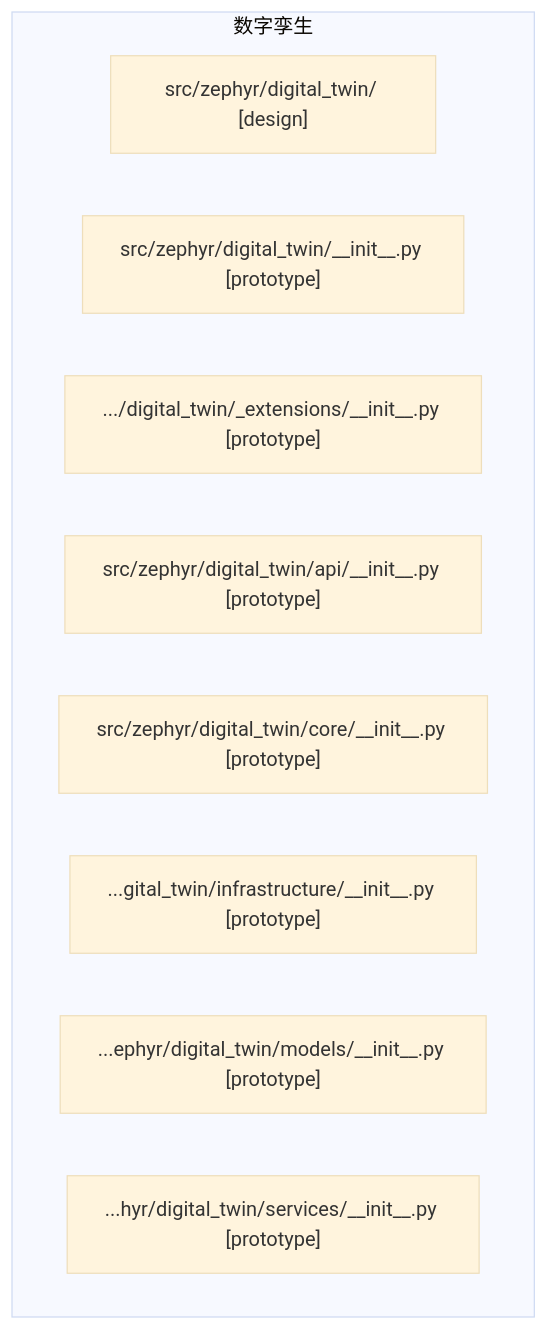
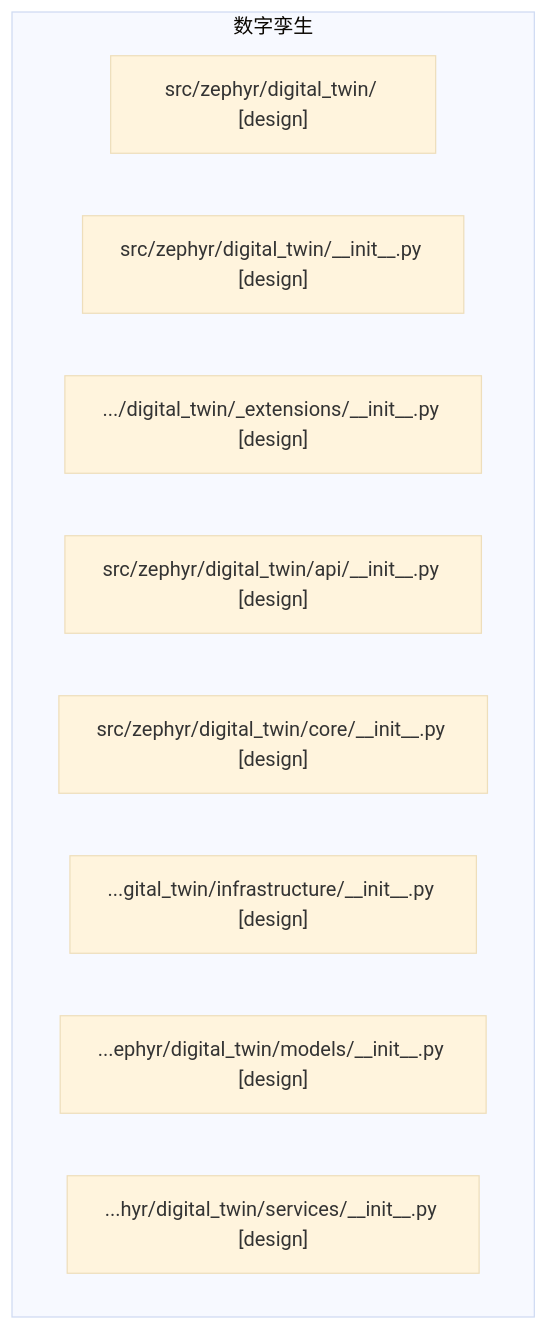
Before and after one commit to xuanFelixVan/ZephyrAlpha: the diagram in docs/02_enterprise_architecture/generated/domains/d_digital_twin_dependency.mmd, drawn with Mermaid (base theme). The commit also changed 177 other files, not shown here.

```diff
--- a/docs/02_enterprise_architecture/generated/domains/d_digital_twin_dependency.mmd
+++ b/docs/02_enterprise_architecture/generated/domains/d_digital_twin_dependency.mmd
@@ -1,29 +1,29 @@
 %% D_DIGITAL_TWIN 域全景依赖图
 %% 生成时间: 2026-07-19 07:51:15
 %% 数据源: depgraph (PostgreSQL) nodes表 + edges表
 %% 模块数: 8, 依赖边数: 0
 
 graph TD
 
     %% 域内模块（最多显示 100 个）
     subgraph D_DIGITAL_TWIN[数字孪生]
         src_zephyr_digital_twin_["src/zephyr/digital_twin/ [design]"]
-        src_zephyr_digital_twin___init___py["src/zephyr/digital_twin/__init__.py [prototype]"]
-        src_zephyr_digital_twin__extensions___init___py[".../digital_twin/_extensions/__init__.py [prototype]"]
-        src_zephyr_digital_twin_api___init___py["src/zephyr/digital_twin/api/__init__.py [prototype]"]
-        src_zephyr_digital_twin_core___init___py["src/zephyr/digital_twin/core/__init__.py [prototype]"]
-        src_zephyr_digital_twin_infrastructure___init___py["...gital_twin/infrastructure/__init__.py [prototype]"]
-        src_zephyr_digital_twin_models___init___py["...ephyr/digital_twin/models/__init__.py [prototype]"]
-        src_zephyr_digital_twin_services___init___py["...hyr/digital_twin/services/__init__.py [prototype]"]
+        src_zephyr_digital_twin___init___py["src/zephyr/digital_twin/__init__.py [design]"]
+        src_zephyr_digital_twin__extensions___init___py[".../digital_twin/_extensions/__init__.py [design]"]
+        src_zephyr_digital_twin_api___init___py["src/zephyr/digital_twin/api/__init__.py [design]"]
+        src_zephyr_digital_twin_core___init___py["src/zephyr/digital_twin/core/__init__.py [design]"]
+        src_zephyr_digital_twin_infrastructure___init___py["...gital_twin/infrastructure/__init__.py [design]"]
+        src_zephyr_digital_twin_models___init___py["...ephyr/digital_twin/models/__init__.py [design]"]
+        src_zephyr_digital_twin_services___init___py["...hyr/digital_twin/services/__init__.py [design]"]
     end
 
     %% 域内依赖（最多显示 80 条）
 
     %% 跨域依赖（入）- 最多显示 30 条
 
     %% 跨域依赖（出）- 最多显示 30 条
 
     %% 统计
     %% 域内依赖: 0 条
     %% 跨域入边: 0 条
     %% 跨域出边: 0 条
```
